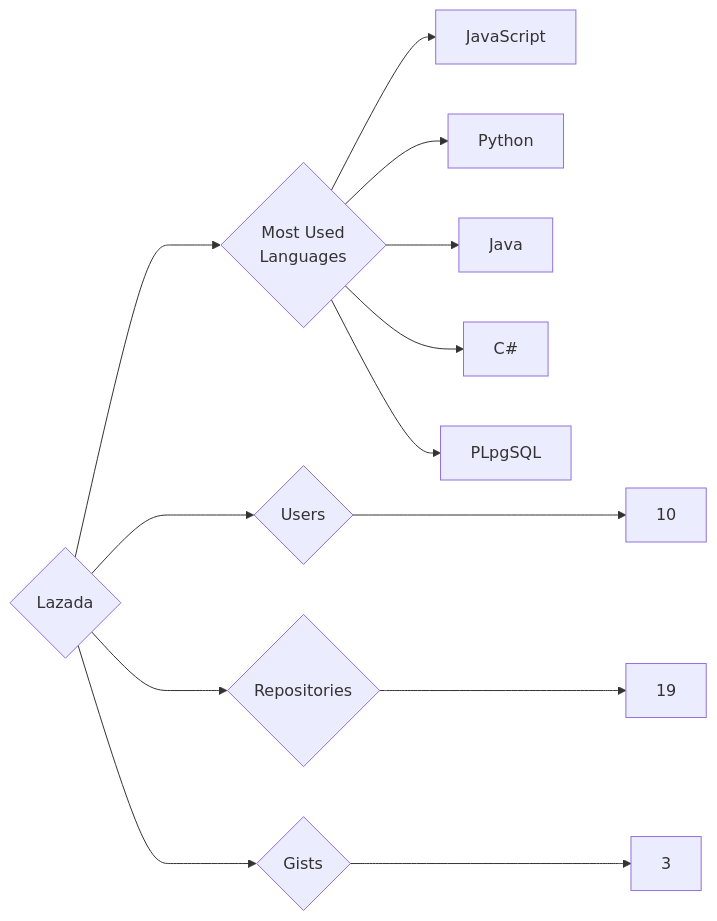
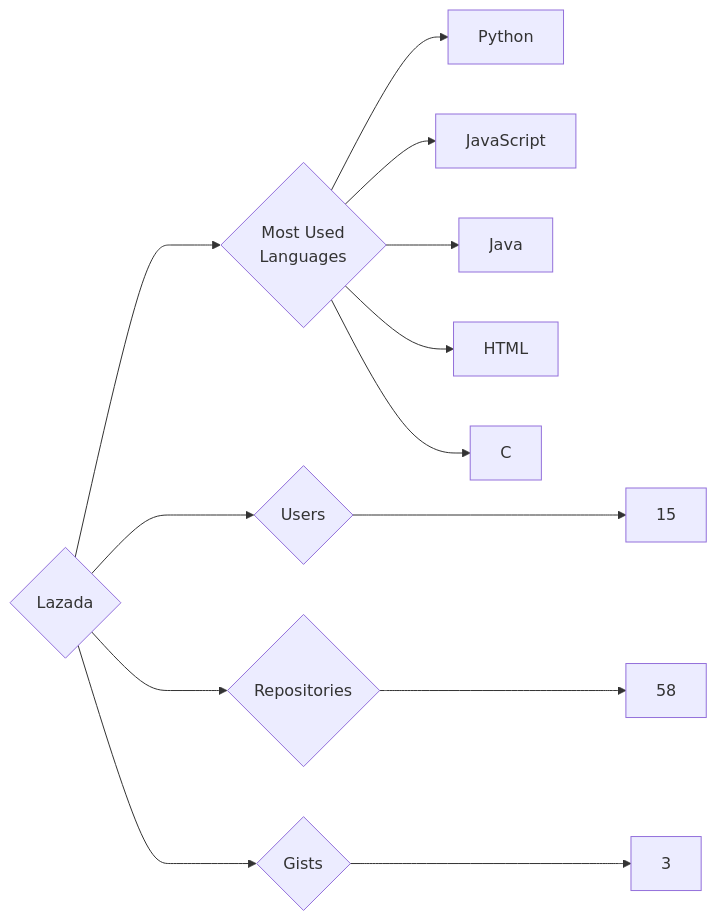
One commit to trickest/insiders changed the diagram in targets/Lazada/README.md. Above: the diagram before and after it, drawn with Mermaid. The commit also changed 900 other files, not shown here.

````diff
--- a/targets/Lazada/README.md
+++ b/targets/Lazada/README.md
@@ -3,13 +3,13 @@
 ```mermaid
 graph LR
 COMPANY_NAME{Lazada}
-COMPANY_NAME ---> U{Users} ---> UN[10]
-COMPANY_NAME ---> R{Repositories} ---> RN[19]
+COMPANY_NAME ---> U{Users} ---> UN[15]
+COMPANY_NAME ---> R{Repositories} ---> RN[58]
 COMPANY_NAME ---> G{Gists} ---> GN[3]
 COMPANY_NAME ---> ML{Most Used<br>Languages}
+ML --> Python[Python]
 ML --> JavaScript[JavaScript]
-ML --> Python[Python]
 ML --> Java[Java]
-ML --> C#[C#]
-ML --> PLpgSQL[PLpgSQL]
+ML --> HTML[HTML]
+ML --> C[C]
 ```
````
